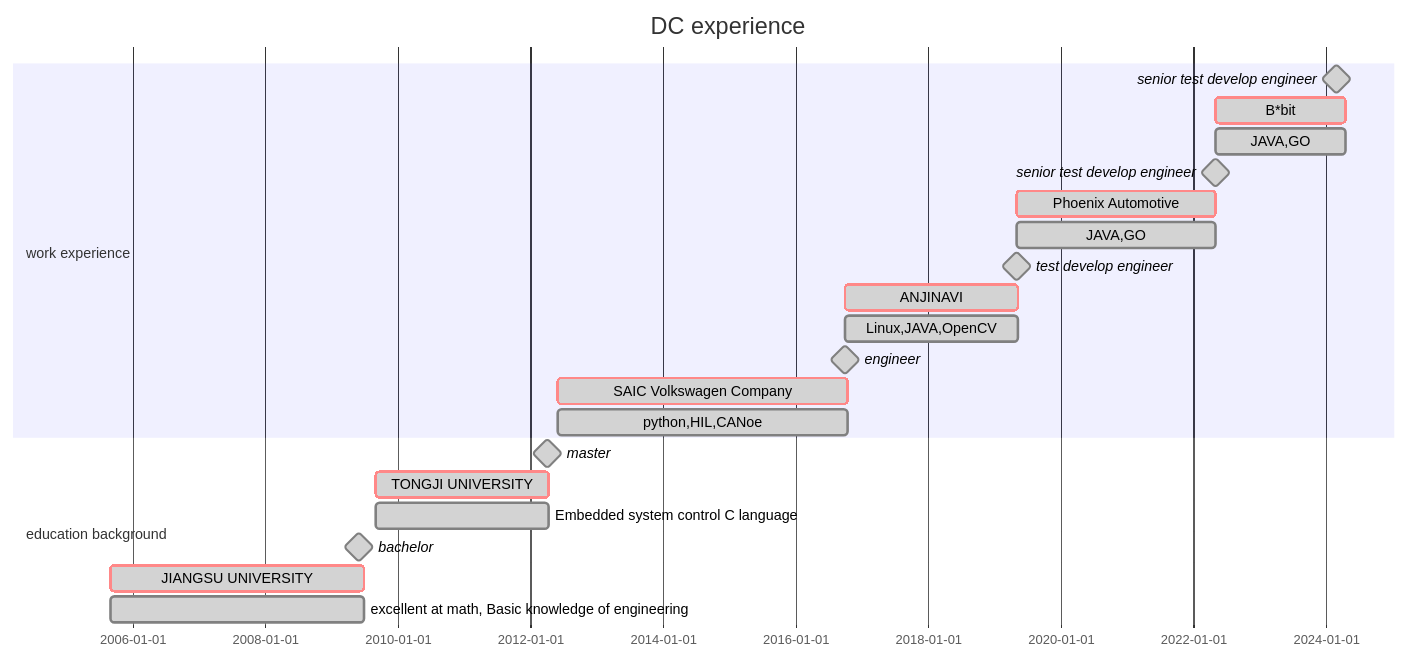
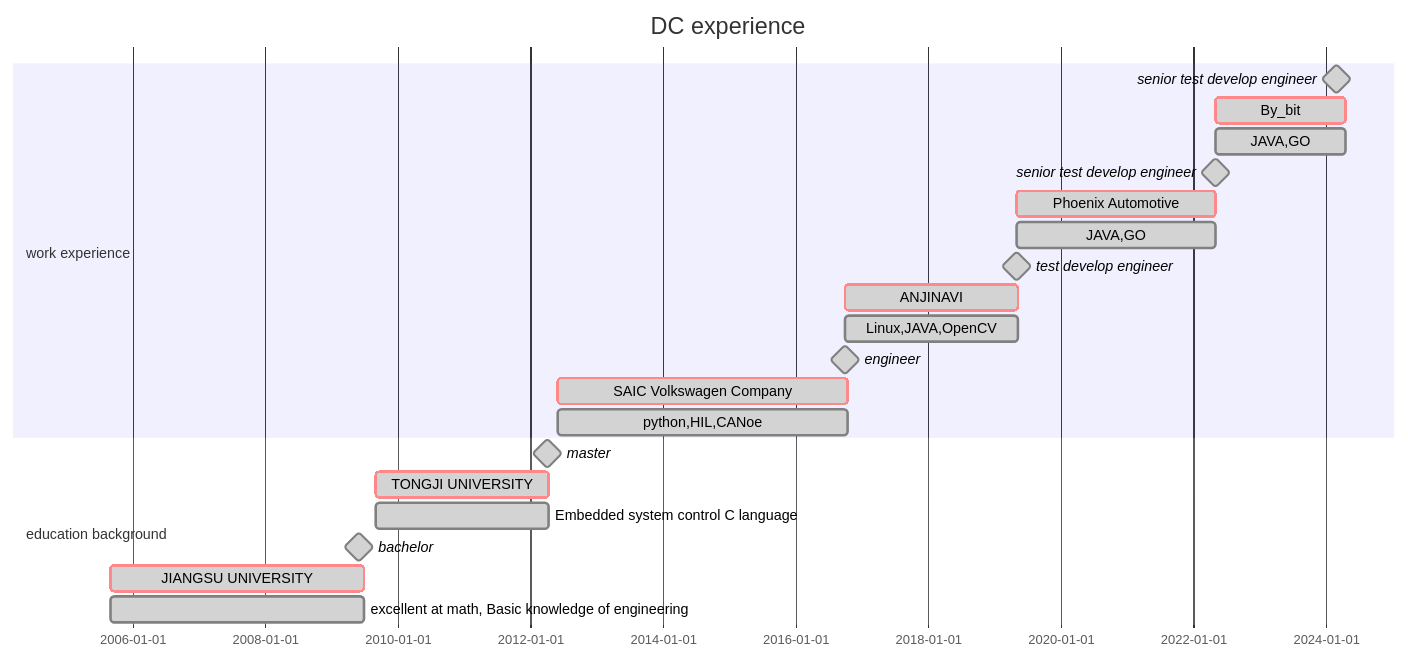
The diagram in README.md (DC-Melo/README), drawn with Mermaid before and after one commit. The commit also changed other lines of this file, not shown here.

````diff
--- a/README.md
+++ b/README.md
@@ -31,27 +31,27 @@
 ```mermaid
 gantt
 title DC experience 
 dateFormat  YYYY-MM
 
 section work experience
 senior test develop engineer : done , milestone , level   , 2024-03 , 0d
-B*bit                        : crit , done      , stage   , 2022-05 , 720d
+By_bit                        : crit , done      , stage   , 2022-05 , 720d
 JAVA,GO                      : done , get skill , 2022-05 , 720d
 senior test develop engineer : done , milestone , level   , 2022-05 , 0d
 Phoenix Automotive           : crit , done      , stage   , 2019-05 , 1100d
 JAVA,GO                      : done , get skill , 2019-05 , 1100d
 test develop engineer        : done , milestone , level   , 2019-05 , 0d
 ANJINAVI                     : crit , done      , stage   , 2016-10 , 950d
 Linux,JAVA,OpenCV            : done , get skill , 2016-10 , 950d
 engineer                     : done , milestone , level   , 2016-10 , 0d
 SAIC Volkswagen Company      : crit , done      , stage   , 2012-06 , 1600d
 python,HIL,CANoe             : done , get skill , 2012-06 , 1600d
 
 section education background
 master                                            : done , milestone , level   , 2012-04 , 0d
 TONGJI UNIVERSITY                                 : crit , done      , stage   , 2009-09 , 950d
 Embedded system control C language                : done , get skill , 2009-09 , 950d
 bachelor                                          : done , milestone , level   , 2009-06 , 0d
 JIANGSU UNIVERSITY                                : crit , done      , stage   , 2005-09 , 1400d
 excellent at math, Basic knowledge of engineering : done , get skill , 2005-09 , 1400d
 ```
````
